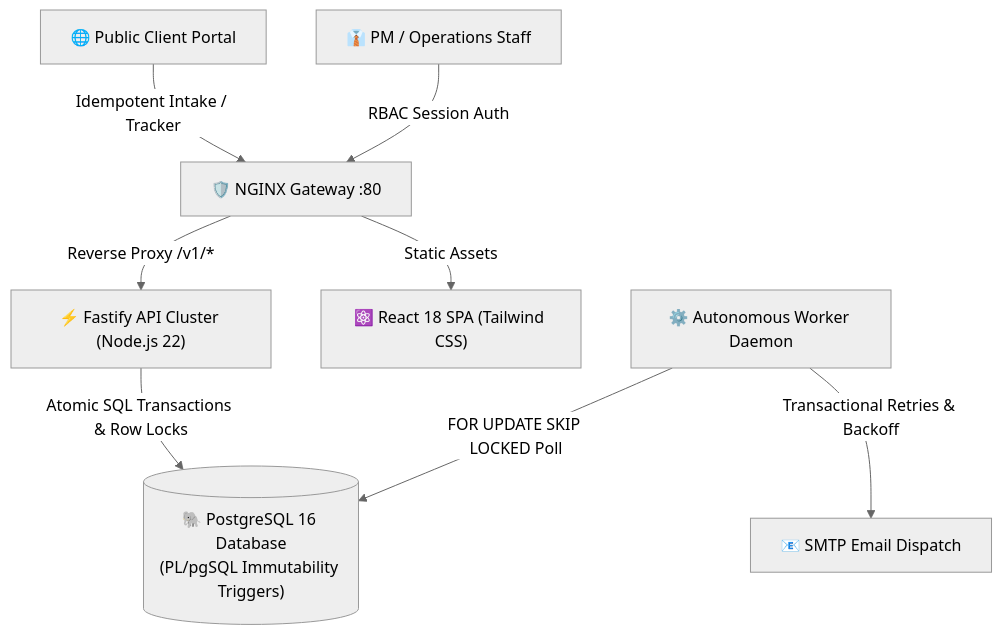
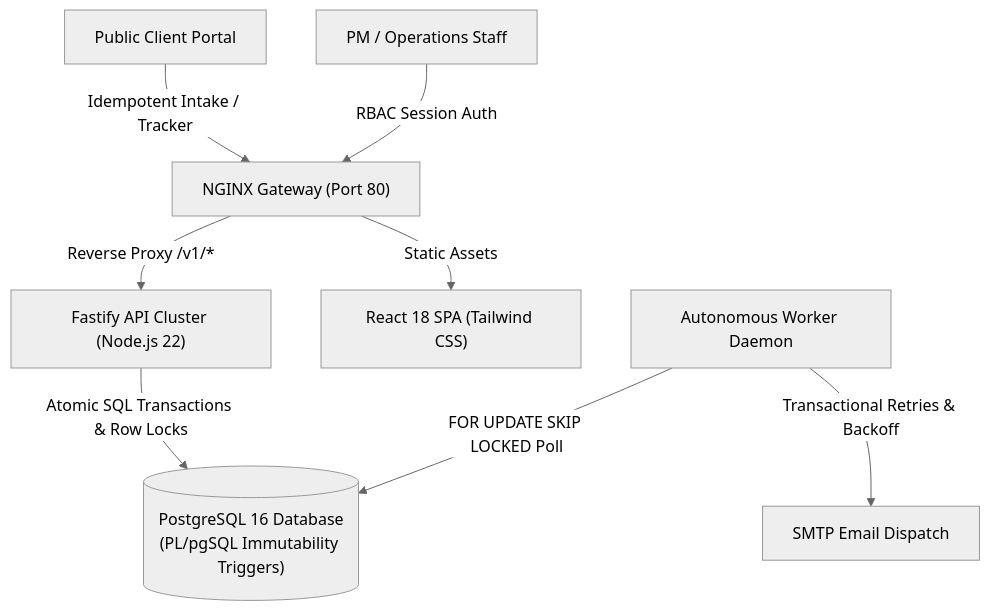
The first of 2 diagrams in README.md (sudhir-kumar77/Ticket-Escalation-System), drawn with Mermaid (neutral theme) before and after one commit. The commit also changed other lines of this file, not shown here.

````diff
--- a/README.md
+++ b/README.md
@@ -36,13 +36,13 @@
 ```mermaid
 graph TD
-    Client["🌐 Public Client Portal"] -->|Idempotent Intake / Tracker| Nginx["🛡️ NGINX Gateway :80"]
-    Staff["👔 PM / Operations Staff"] -->|RBAC Session Auth| Nginx
+    Client["Public Client Portal"] -->|Idempotent Intake / Tracker| Nginx["NGINX Gateway (Port 80)"]
+    Staff["PM / Operations Staff"] -->|RBAC Session Auth| Nginx
     
-    Nginx -->|Reverse Proxy /v1/*| Fastify["⚡ Fastify API Cluster (Node.js 22)"]
-    Nginx -->|Static Assets| ReactSPA["⚛️ React 18 SPA (Tailwind CSS)"]
+    Nginx -->|Reverse Proxy /v1/*| Fastify["Fastify API Cluster (Node.js 22)"]
+    Nginx -->|Static Assets| ReactSPA["React 18 SPA (Tailwind CSS)"]
     
-    Fastify -->|Atomic SQL Transactions & Row Locks| Postgres[("🐘 PostgreSQL 16 Database\n(PL/pgSQL Immutability Triggers)")]
+    Fastify -->|Atomic SQL Transactions & Row Locks| Postgres[("PostgreSQL 16 Database\n(PL/pgSQL Immutability Triggers)")]
     
-    Worker["⚙️ Autonomous Worker Daemon"] -->|FOR UPDATE SKIP LOCKED Poll| Postgres
-    Worker -->|Transactional Retries & Backoff| MailServer["📧 SMTP Email Dispatch"]
+    Worker["Autonomous Worker Daemon"] -->|FOR UPDATE SKIP LOCKED Poll| Postgres
+    Worker -->|Transactional Retries & Backoff| MailServer["SMTP Email Dispatch"]
 ```
````
